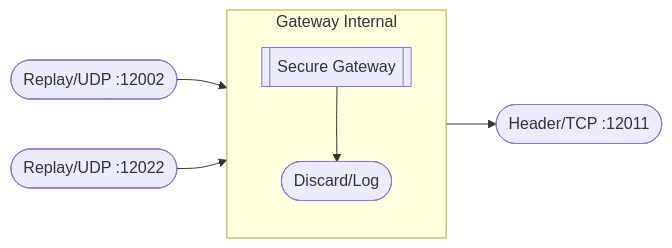
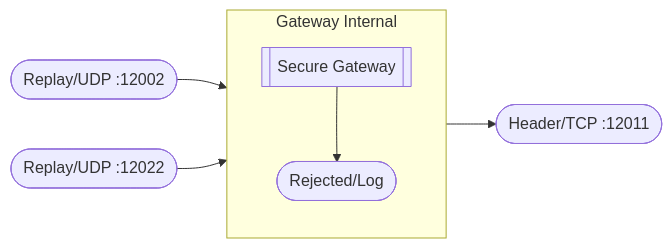
Before and after one commit to chrihop/Secure_MAVLink_Gateway: the second of 2 diagrams in README.md, drawn with Mermaid.

````diff
--- a/README.md
+++ b/README.md
@@ -76,15 +76,15 @@
 ```mermaid
 flowchart LR;
   src1([Replay/UDP :12002])
   src2([Replay/UDP :12022])
   pipeline[[Secure Gateway]]
-  sink0([Discard/Log])
+  sink0([Rejected/Log])
   sink1([Header/TCP :12011])
   src1 --> pipeline
   src2 --> pipeline
   pipeline --> sink1
   subgraph Gateway Internal
     direction TB
     pipeline --> sink0
   end
 ```
````
